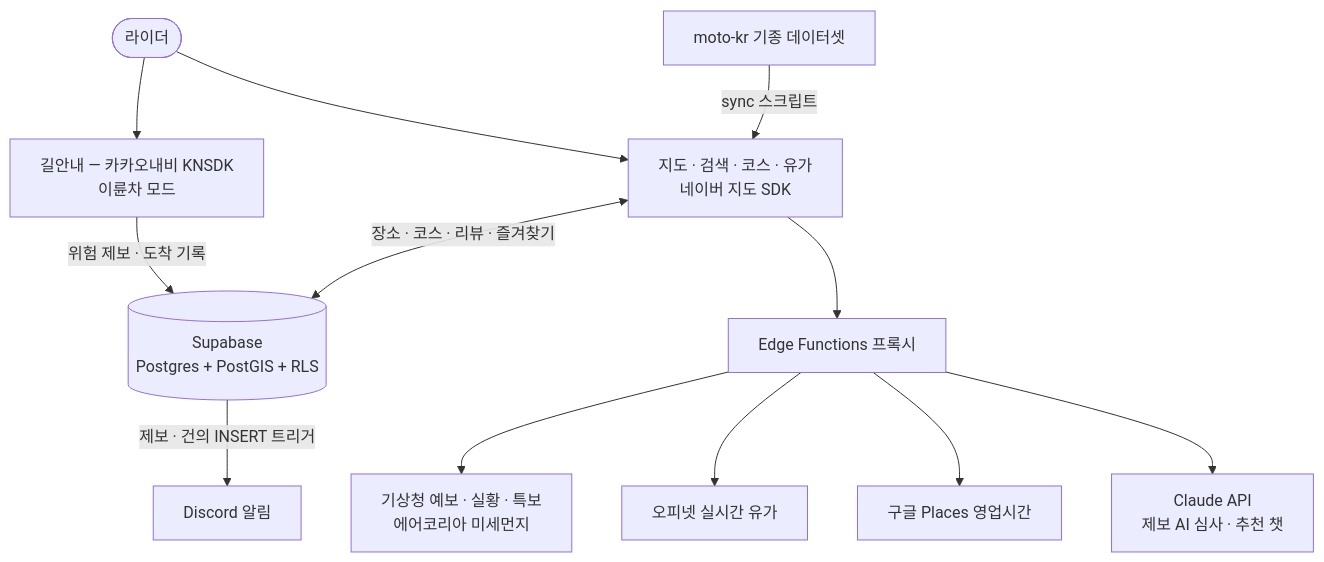
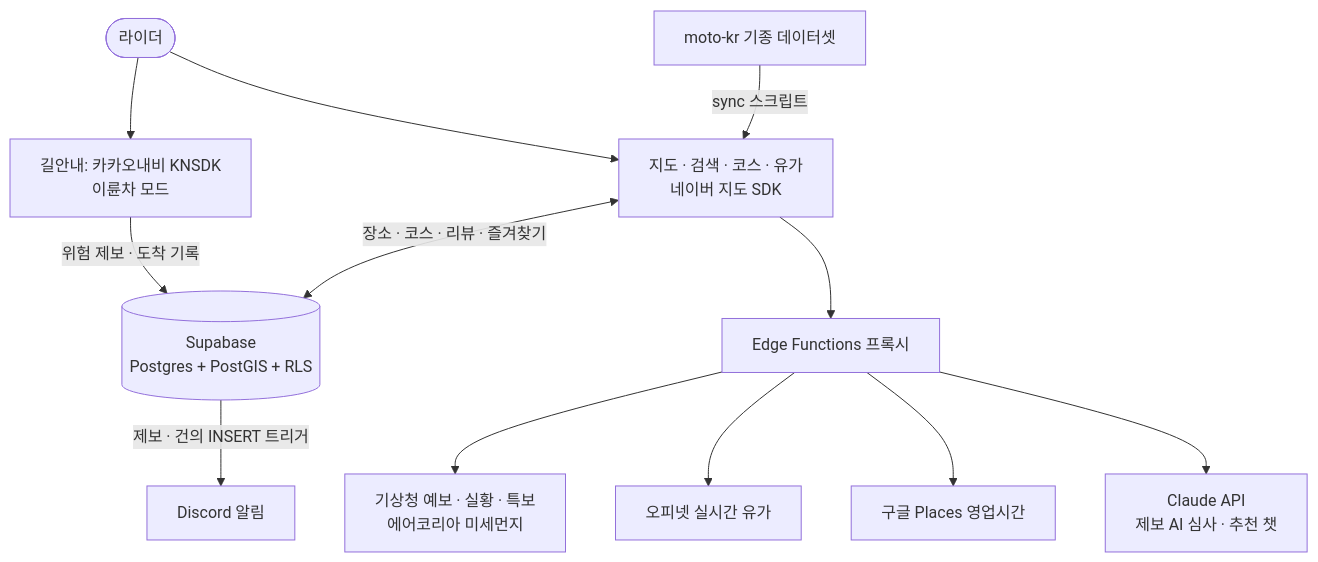
One commit to starhn87/motomap changed the diagram in README.md. Above: the diagram before and after it, drawn with Mermaid.

Commit message:
docs: colon instead of em dash in the diagram label

````diff
--- a/README.md
+++ b/README.md
@@ -66,14 +66,14 @@
 ```mermaid
 flowchart TD
-  R(["라이더"]) --> NAVI["길안내 — 카카오내비 KNSDK<br/>이륜차 모드"]
+  R(["라이더"]) --> NAVI["길안내: 카카오내비 KNSDK<br/>이륜차 모드"]
   R --> MAP["지도 · 검색 · 코스 · 유가<br/>네이버 지도 SDK"]
   MK["moto-kr 기종 데이터셋"] -->|"sync 스크립트"| MAP
   NAVI -->|"위험 제보 · 도착 기록"| DB
   MAP <-->|"장소 · 코스 · 리뷰 · 즐겨찾기"| DB[("Supabase<br/>Postgres + PostGIS + RLS")]
   MAP --> EF["Edge Functions 프록시"]
   DB -->|"제보 · 건의 INSERT 트리거"| DC["Discord 알림"]
   EF --> KMA["기상청 예보 · 실황 · 특보<br/>에어코리아 미세먼지"]
   EF --> OPI["오피넷 실시간 유가"]
   EF --> GGL["구글 Places 영업시간"]
   EF --> CL["Claude API<br/>제보 AI 심사 · 추천 챗"]
 ```
````
